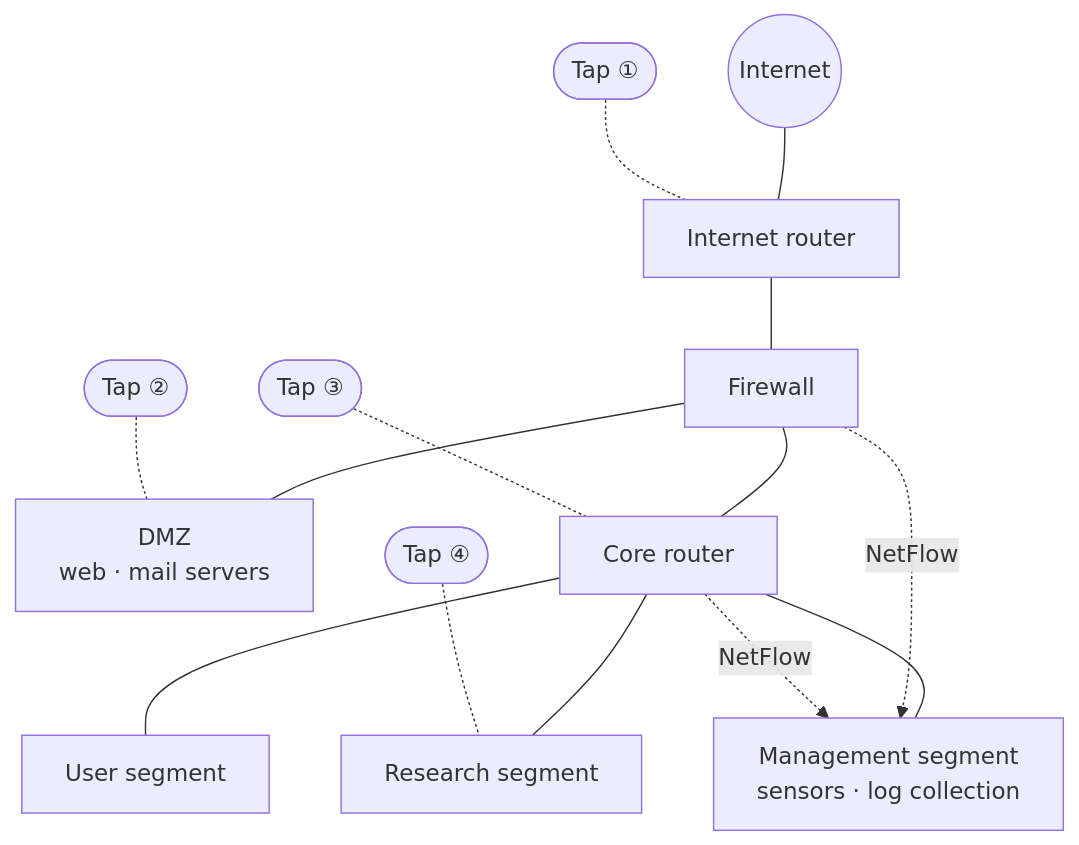
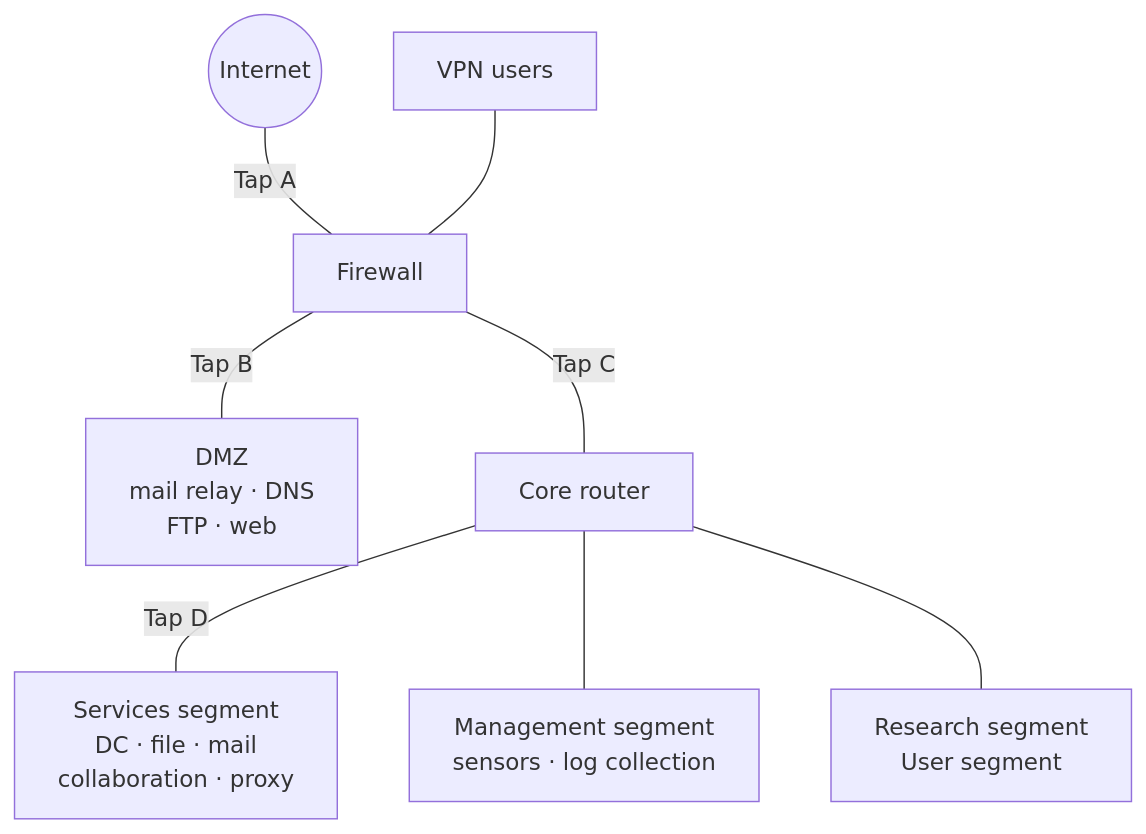
The sixth of 6 diagrams in docs/training/network-forensics/part-1/why-network-forensics.md (DFIDwiz-sketch/dfir-handbook), drawn with Mermaid before and after one commit. The commit also changed other lines of this file and 3 other files, not shown here.

````diff
--- a/docs/training/network-forensics/part-1/why-network-forensics.md
+++ b/docs/training/network-forensics/part-1/why-network-forensics.md
@@ -267,16 +316,10 @@
 ```mermaid
-flowchart TB
-    NET(("Internet")) --- IR["Internet router"]
-    IR --- FW["Firewall"]
-    FW --- DMZ["DMZ<br/>web · mail servers"]
-    FW --- CR["Core router"]
-    CR --- S1["User segment"]
-    CR --- S2["Research segment"]
-    CR --- S3["Management segment<br/>sensors · log collection"]
-    T1(["Tap ①"]) -.- IR
-    T2(["Tap ②"]) -.- DMZ
-    T3(["Tap ③"]) -.- CR
-    T4(["Tap ④"]) -.- S2
-    FW -.NetFlow.-> S3
-    CR -.NetFlow.-> S3
+flowchart TD
+    NET(("Internet")) ---|"Tap A"| FW["Firewall"]
+    VPN["VPN users"] --- FW
+    FW ---|"Tap B"| DMZ["DMZ<br/>mail relay · DNS<br/>FTP · web"]
+    FW ---|"Tap C"| CR["Core router"]
+    CR ---|"Tap D"| SV["Services segment<br/>DC · file · mail<br/>collaboration · proxy"]
+    CR --- MG["Management segment<br/>sensors · log collection"]
+    CR --- PC["Research segment<br/>User segment"]
 ```
````
